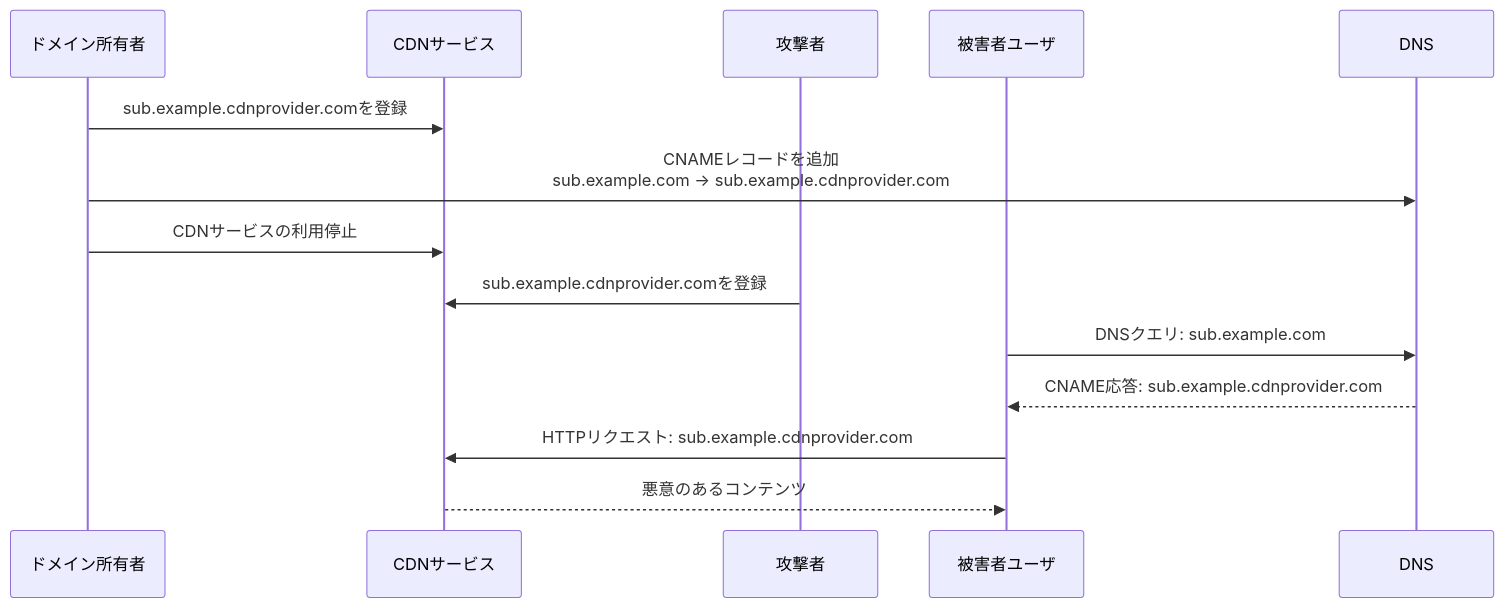
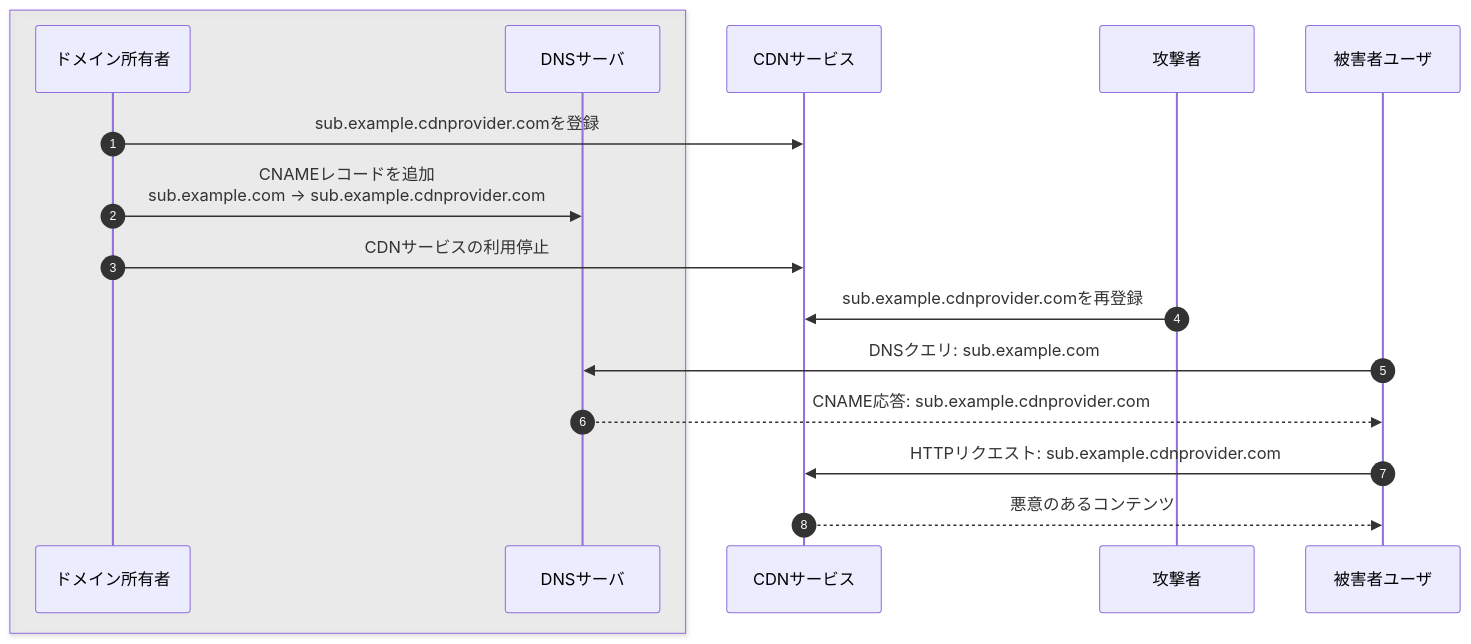
Before and after one commit to NapoliN/napolin.github.io: the fourth of 6 diagrams in src/notes/セキスペ/DNS.md, drawn with Mermaid. The commit also changed other lines of this file and 1 other file, not shown here.

Commit message:
add note DNS

```diff
--- a/src/notes/セキスペ/DNS.md
+++ b/src/notes/セキスペ/DNS.md
@@ -156,18 +154,23 @@
 ::: mermaid
 sequenceDiagram
-    participant Owner as ドメイン所有者
+    box rgb(230,230,230,0.3) 
+        participant Owner as ドメイン所有者
+        participant DNS as DNSサーバ
+    end
     participant CDN as CDNサービス
     participant Attacker as 攻撃者
     participant Victim as 被害者ユーザ
+
+    autonumber
 
     Owner->>CDN: sub.example.cdnprovider.comを登録
     Owner->>DNS: CNAMEレコードを追加<br/> sub.example.com -> sub.example.cdnprovider.com
 
     Owner->>CDN: CDNサービスの利用停止
-    Attacker->>CDN: sub.example.cdnprovider.comを登録
+    Attacker->>CDN: sub.example.cdnprovider.comを再登録
 
     Victim->>DNS: DNSクエリ: sub.example.com
     DNS-->>Victim: CNAME応答: sub.example.cdnprovider.com
     Victim->>CDN: HTTPリクエスト: sub.example.cdnprovider.com
     CDN-->>Victim: 悪意のあるコンテンツ
 :::
```
